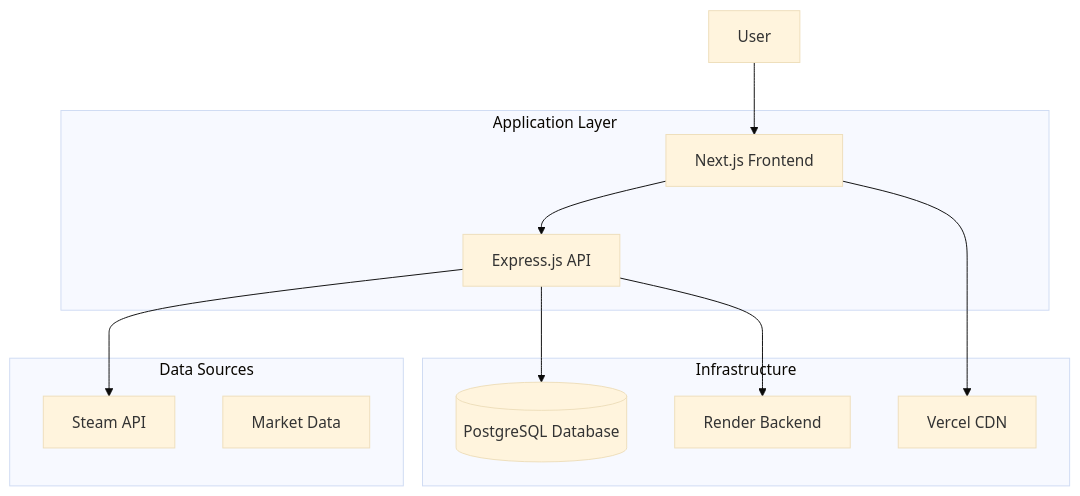
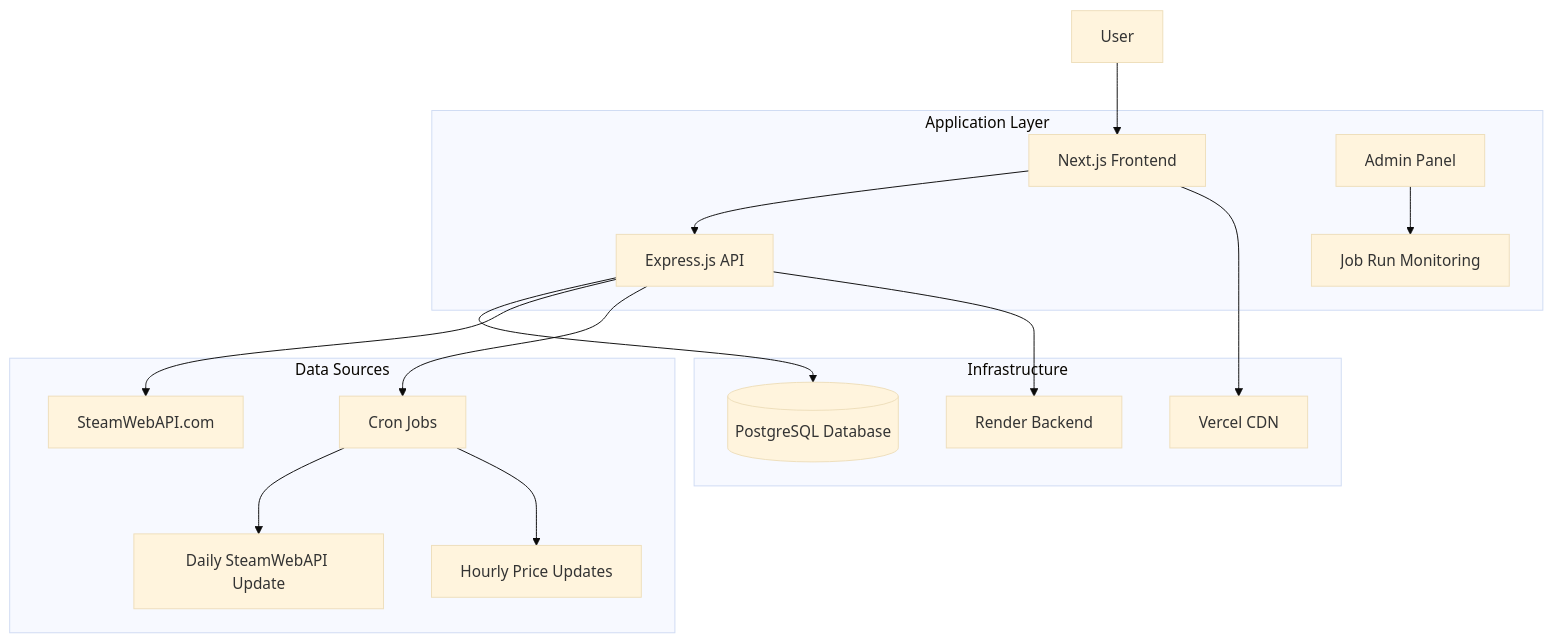
Before and after one commit to arrijr/cs2-skintracker: the first of 4 diagrams in docs/ARCHITECTURE.md, drawn with Mermaid (base theme). The commit also changed other lines of this file and 4 other files, not shown here.

````diff
--- a/docs/ARCHITECTURE.md
+++ b/docs/ARCHITECTURE.md
@@ -9,25 +9,29 @@
 ```mermaid
 graph TB
     User[User] --> Frontend[Next.js Frontend]
     Frontend --> API[Express.js API]
     API --> DB[(PostgreSQL Database)]
-    API --> SteamAPI[Steam API]
+    API --> SteamWebAPI[SteamWebAPI.com]
+    API --> CronJobs[Cron Jobs]
     API --> Render[Render Backend]
     Frontend --> Vercel[Vercel CDN]
     
     subgraph "Data Sources"
-        SteamAPI
-        MarketData[Market Data]
+        SteamWebAPI
+        CronJobs --> DailyUpdate[Daily SteamWebAPI Update]
+        CronJobs --> HourlyUpdate[Hourly Price Updates]
     end
     
     subgraph "Infrastructure"
         Render
         Vercel
         DB
     end
     
     subgraph "Application Layer"
         Frontend
         API
+        AdminPanel[Admin Panel]
+        AdminPanel --> JobMonitoring[Job Run Monitoring]
     end
 ```
````
